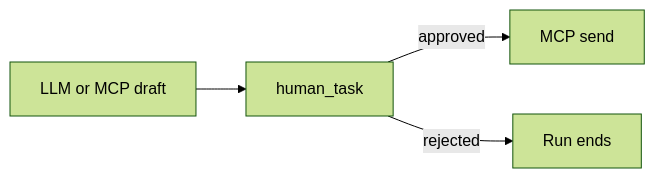
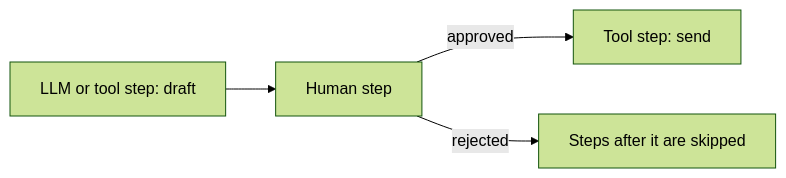
One commit to agentruntime-io/agentruntime-docs changed the first of 3 diagrams in workflows/patterns.mdx. Above: the diagram before and after it, drawn with Mermaid (forest theme). The commit also changed other lines of this file and 180 other files, not shown here.

````diff
--- a/workflows/patterns.mdx
+++ b/workflows/patterns.mdx
@@ -12,6 +14,6 @@
 ```mermaid
 flowchart LR
-  Draft[LLM or MCP draft] --> Approve[human_task]
-  Approve -->|approved| Send[MCP send]
-  Approve -->|rejected| End[Run ends]
+  Draft[LLM or tool step: draft] --> Approve[Human step]
+  Approve -->|approved| Send[Tool step: send]
+  Approve -->|rejected| End[Steps after it are skipped]
 ```
````
